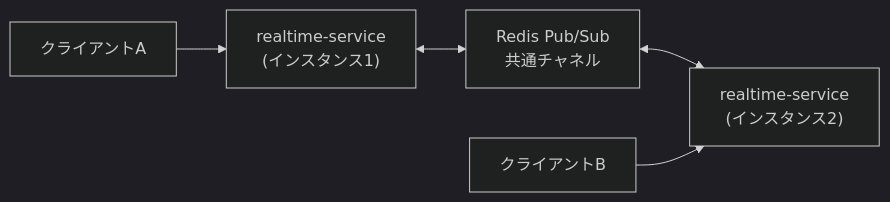
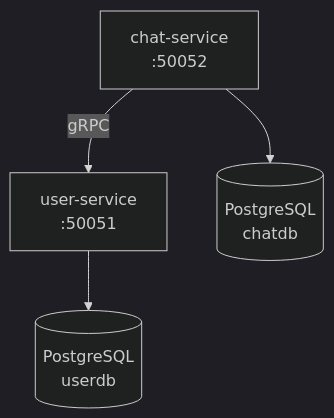
Before and after one commit to shunto-ishiguro/go-microservices-chat: the first of 2 diagrams in docs/learning/phase-3.md, drawn with Mermaid (dark theme). The commit also changed other lines of this file and 3 other files, not shown here.

First line of the commit message:
docs: Phase 構成を再編 (認証 P2 / gRPC+GW P3 / Realtime P4)

````diff
--- a/docs/learning/phase-3.md
+++ b/docs/learning/phase-3.md
@@ -503,7 +139,6 @@
 ```mermaid
-graph LR
-    CA[クライアントA] --> RS1["realtime-service<br/>(インスタンス1)"]
-    RS1 <--> Redis["Redis Pub/Sub<br/>共通チャネル"]
-    Redis <--> RS2["realtime-service<br/>(インスタンス2)"]
-    CB[クライアントB] --> RS2
+graph TD
+    CS["chat-service<br/>:50052"] -->|gRPC| US["user-service<br/>:50051"]
+    CS --> PG1[("PostgreSQL<br/>chatdb")]
+    US --> PG2[("PostgreSQL<br/>userdb")]
 ```
````
